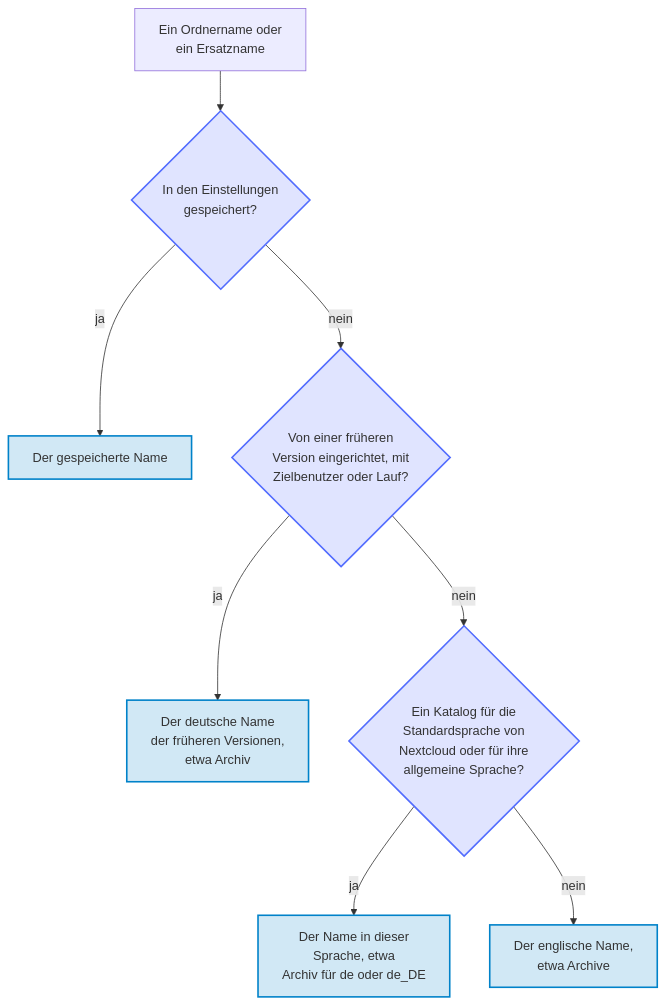
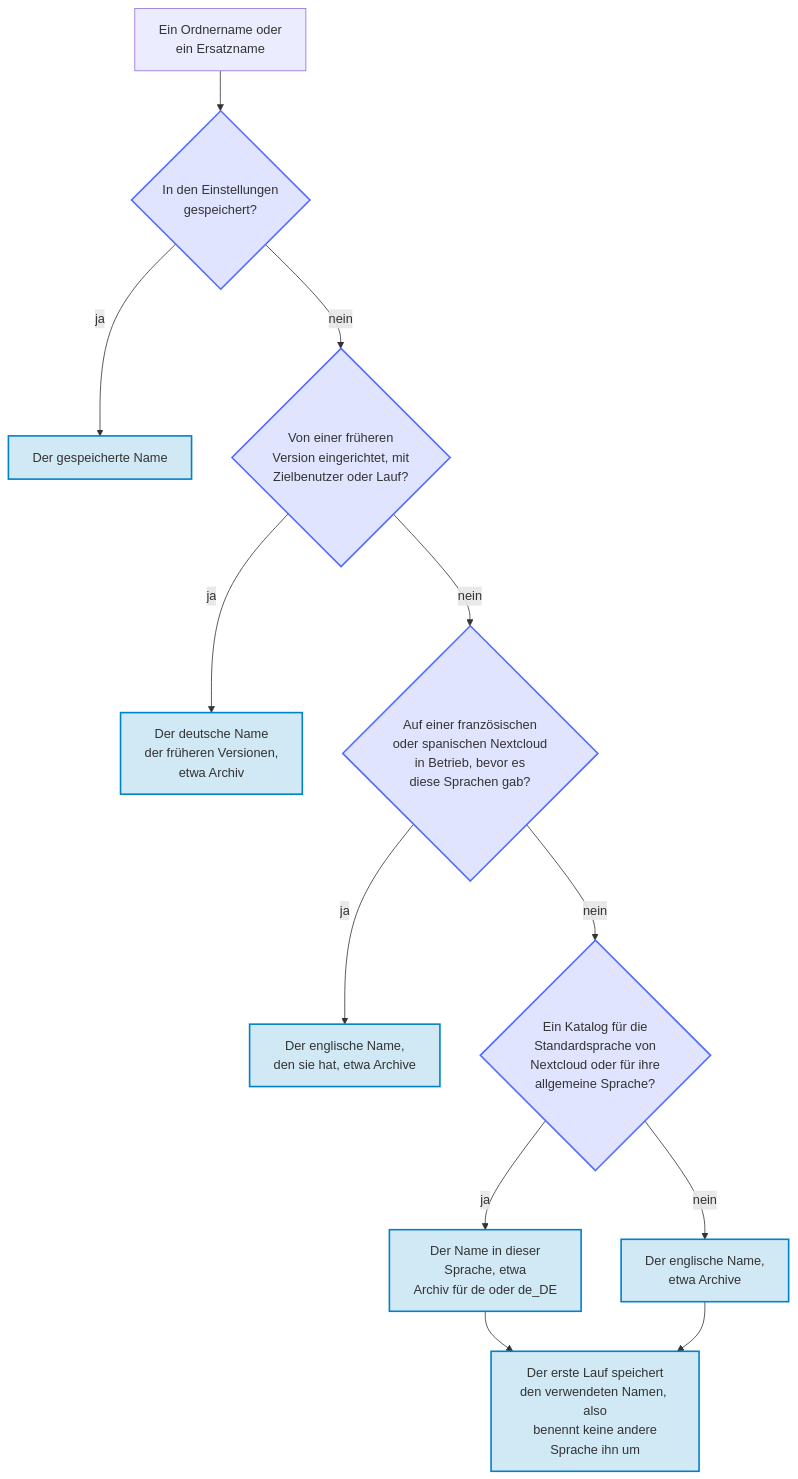
Before and after one commit to Dennis-Otto/paperless-sync: the diagram in docs/diagrams/which-folder-names-an-installation-uses.de.mmd, drawn with Mermaid. The commit also changed 46 other files, not shown here.

First line of the commit message:
feat(i18n): French and Spanish, and a check that keeps every language complete (#319)

```diff
--- a/docs/diagrams/which-folder-names-an-installation-uses.de.mmd
+++ b/docs/diagrams/which-folder-names-an-installation-uses.de.mmd
@@ -1,16 +1,20 @@
 flowchart TB
     accTitle: Welche Ordnernamen eine Installation verwendet
-    accDescr: Für jeden Ordnernamen und jeden Ersatznamen verwendet eine Installation den Namen, den ihre Einstellungen gespeichert haben, gleich in welcher Sprache. Eine Installation, die eine frühere Version eingerichtet hat, mit einem Zielbenutzer oder mit Kopien und Importen ihrer Läufe, behält für einen Namen, den sie nie gespeichert hat, den deutschen Namen dieser Versionen, etwa Archiv. Eine neue Installation schlägt den Namen in der Standardsprache von Nextcloud vor, wenn die App einen Katalog für diese Sprache oder für ihre allgemeine Sprache hat, etwa Deutsch für de_DE, und sonst auf Englisch, etwa Archive. Das Speichern der Einstellungen behält die Namen, die die Seite zeigt. Die Fragen sind indigo und die Namen in Nextcloud blau.
+    accDescr: Für jeden Ordnernamen und jeden Ersatznamen verwendet eine Installation den Namen, den ihre Einstellungen gespeichert haben, gleich in welcher Sprache. Eine Installation, die eine frühere Version eingerichtet hat, mit einem Zielbenutzer oder mit Kopien und Importen ihrer Läufe, behält für einen Namen, den sie nie gespeichert hat, den deutschen Namen dieser Versionen, etwa Archiv. Eine Installation, die auf einer französischen oder spanischen Nextcloud läuft, behält den englischen Namen aus den Versionen vor diesen Sprachen. Eine neue Installation schlägt den Namen in der Standardsprache von Nextcloud vor, wenn die App einen Katalog für diese Sprache oder für ihre allgemeine Sprache hat, etwa Deutsch für de_DE, und sonst auf Englisch, etwa Archive. Das Speichern der Einstellungen behält die Namen, die die Seite zeigt, und der erste Lauf speichert einen Namen, den er verwendet, sodass danach keine andere Sprache den Ordner umbenennt. Die Fragen sind indigo und die Namen in Nextcloud blau.
 
     name["Ein Ordnername oder<br>ein Ersatzname"] --> saved{"In den Einstellungen<br>gespeichert?"}
     saved -->|ja| keep["Der gespeicherte Name"]
     saved -->|nein| earlier{"Von einer früheren<br>Version eingerichtet, mit<br>Zielbenutzer oder Lauf?"}
     earlier -->|ja| german["Der deutsche Name<br>der früheren Versionen,<br>etwa Archiv"]
-    earlier -->|nein| language{"Ein Katalog für die<br>Standardsprache von<br>Nextcloud oder für ihre<br>allgemeine Sprache?"}
+    earlier -->|nein| inuse{"Auf einer französischen<br>oder spanischen Nextcloud<br>in Betrieb, bevor es<br>diese Sprachen gab?"}
+    inuse -->|ja| kept["Der englische Name,<br>den sie hat, etwa Archive"]
+    inuse -->|nein| language{"Ein Katalog für die<br>Standardsprache von<br>Nextcloud oder für ihre<br>allgemeine Sprache?"}
     language -->|ja| localized["Der Name in dieser<br>Sprache, etwa<br>Archiv für de oder de_DE"]
     language -->|nein| english["Der englische Name,<br>etwa Archive"]
+    localized --> stored["Der erste Lauf speichert<br>den verwendeten Namen, also<br>benennt keine andere<br>Sprache ihn um"]
+    english --> stored
 
     classDef check fill:#526cfe2e,stroke:#526cfe,stroke-width:2px
     classDef nextcloud fill:#0082c92e,stroke:#0082c9,stroke-width:2px
-    class saved,earlier,language check
-    class keep,german,localized,english nextcloud
+    class saved,earlier,inuse,language check
+    class keep,german,kept,localized,english,stored nextcloud
```
